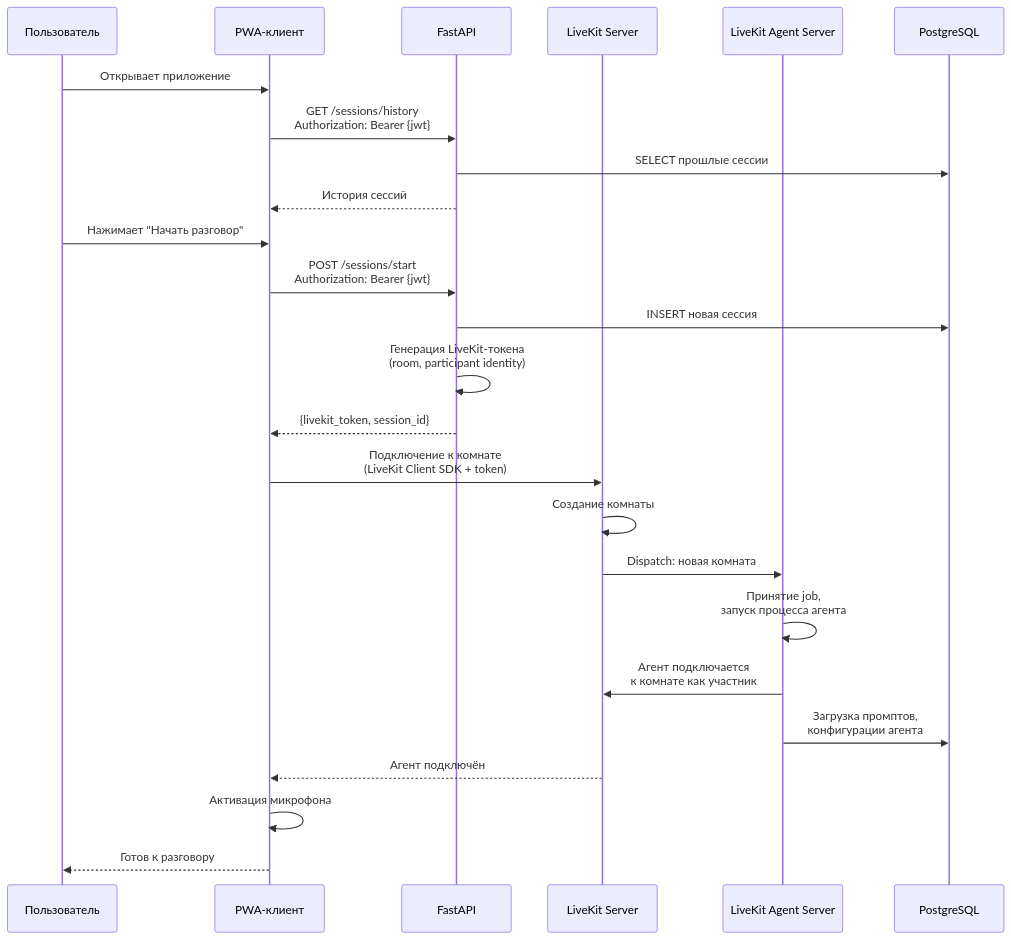
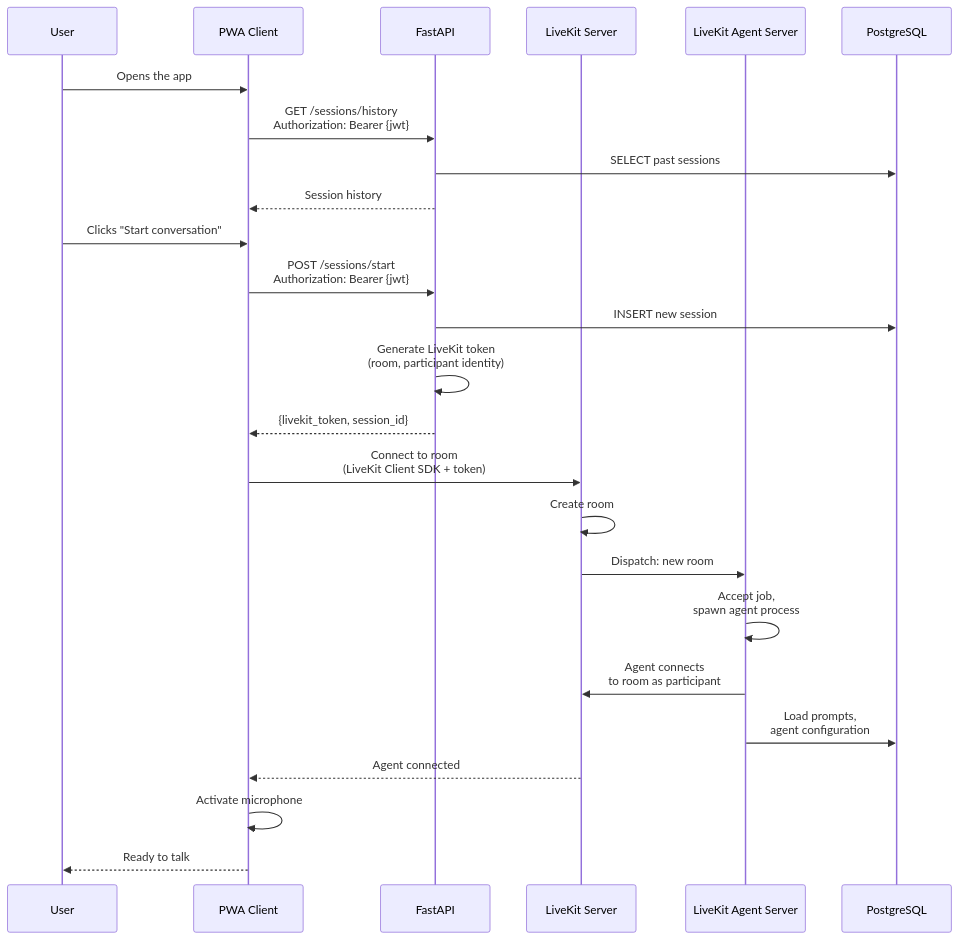
Before and after one commit to itechmeat/twype-voice: the seventh of 25 diagrams in docs/architecture.md, drawn with Mermaid. The commit also changed other lines of this file and 30 other files, not shown here.

````diff
--- a/docs/architecture.md
+++ b/docs/architecture.md
@@ -320,32 +320,32 @@
 ```mermaid
 sequenceDiagram
-    participant U as Пользователь
-    participant PWA as PWA-клиент
+    participant U as User
+    participant PWA as PWA Client
     participant API as FastAPI
     participant LK as LiveKit Server
     participant AG as LiveKit Agent Server
     participant DB as PostgreSQL
 
-    U->>PWA: Открывает приложение
+    U->>PWA: Opens the app
     PWA->>API: GET /sessions/history<br/>Authorization: Bearer {jwt}
-    API->>DB: SELECT прошлые сессии
-    API-->>PWA: История сессий
+    API->>DB: SELECT past sessions
+    API-->>PWA: Session history
 
-    U->>PWA: Нажимает "Начать разговор"
+    U->>PWA: Clicks "Start conversation"
     PWA->>API: POST /sessions/start<br/>Authorization: Bearer {jwt}
-    API->>DB: INSERT новая сессия
-    API->>API: Генерация LiveKit-токена<br/>(room, participant identity)
+    API->>DB: INSERT new session
+    API->>API: Generate LiveKit token<br/>(room, participant identity)
     API-->>PWA: {livekit_token, session_id}
 
-    PWA->>LK: Подключение к комнате<br/>(LiveKit Client SDK + token)
-    LK->>LK: Создание комнаты
-    LK->>AG: Dispatch: новая комната
+    PWA->>LK: Connect to room<br/>(LiveKit Client SDK + token)
+    LK->>LK: Create room
+    LK->>AG: Dispatch: new room
 
-    AG->>AG: Принятие job,<br/>запуск процесса агента
-    AG->>LK: Агент подключается<br/>к комнате как участник
-    AG->>DB: Загрузка промптов,<br/>конфигурации агента
+    AG->>AG: Accept job,<br/>spawn agent process
+    AG->>LK: Agent connects<br/>to room as participant
+    AG->>DB: Load prompts,<br/>agent configuration
 
-    LK-->>PWA: Агент подключён
-    PWA->>PWA: Активация микрофона
-    PWA-->>U: Готов к разговору
+    LK-->>PWA: Agent connected
+    PWA->>PWA: Activate microphone
+    PWA-->>U: Ready to talk
 ```
````
